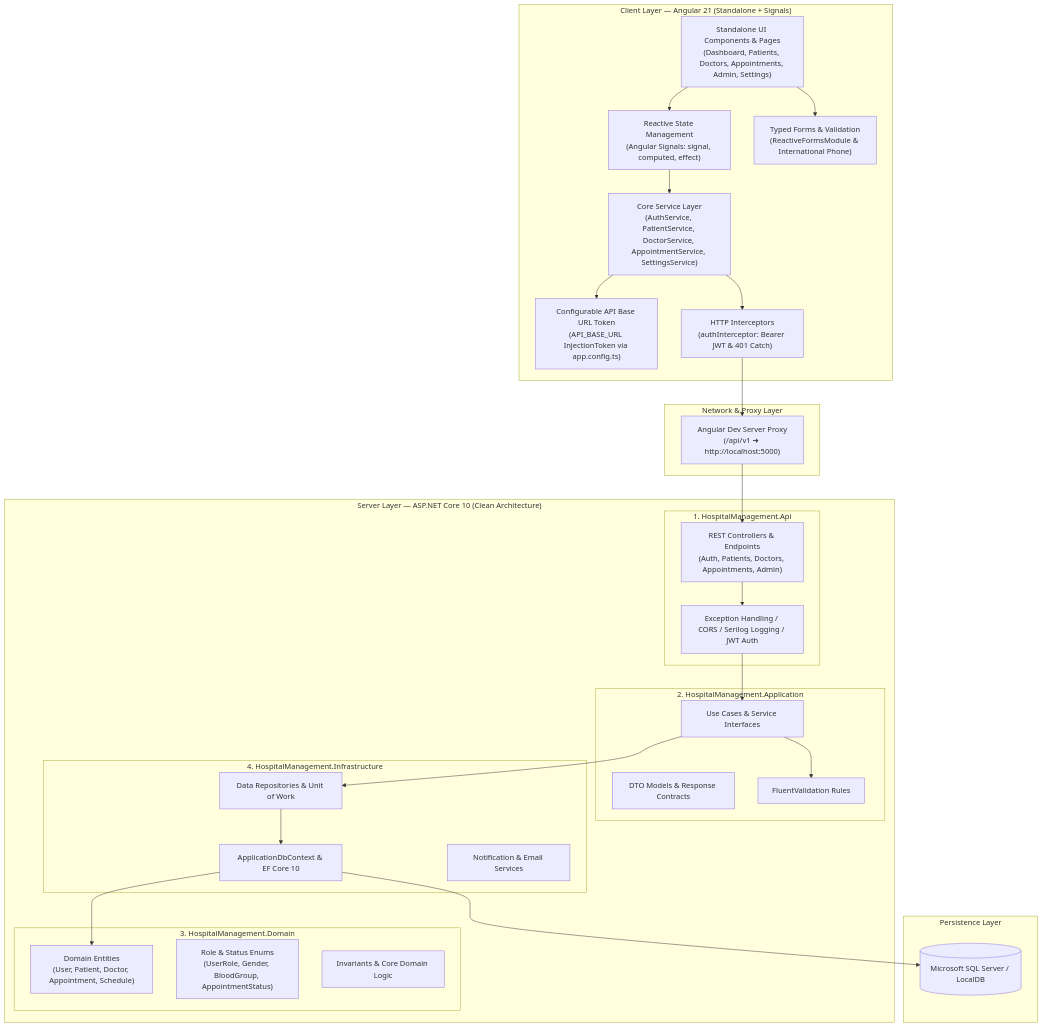
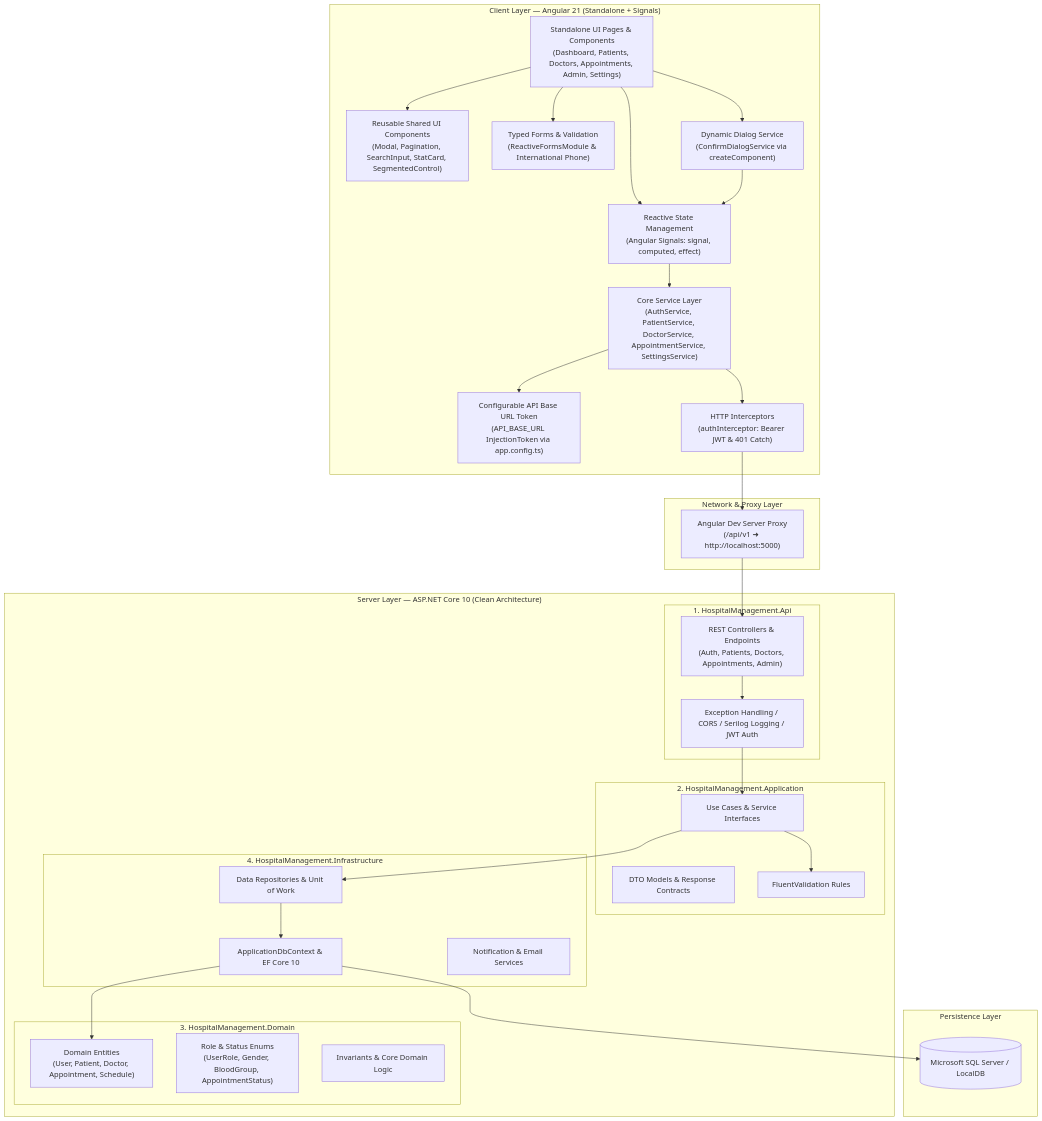
The diagram in README.md (KISHORETAMIL03579/HospitalManagementSystem_Angular), drawn with Mermaid before and after one commit. The commit also changed other lines of this file and 1 other file, not shown here.

Commit message:
docs: add comprehensive junior developer guide, Clean Architecture mental model, and component references

````diff
--- a/README.md
+++ b/README.md
@@ -15,60 +30,65 @@
 ```mermaid
 flowchart TD
     subgraph Client ["Client Layer — Angular 21 (Standalone + Signals)"]
-        UI["Standalone UI Components & Pages\n(Dashboard, Patients, Doctors, Appointments, Admin, Settings)"]
+        UI["Standalone UI Pages & Components\n(Dashboard, Patients, Doctors, Appointments, Admin, Settings)"]
+        SharedUI["Reusable Shared UI Components\n(Modal, Pagination, SearchInput, StatCard, SegmentedControl)"]
         State["Reactive State Management\n(Angular Signals: signal, computed, effect)"]
         Forms["Typed Forms & Validation\n(ReactiveFormsModule & International Phone)"]
+        DialogSvc["Dynamic Dialog Service\n(ConfirmDialogService via createComponent)"]
         Services["Core Service Layer\n(AuthService, PatientService, DoctorService, AppointmentService, SettingsService)"]
         Token["Configurable API Base URL Token\n(API_BASE_URL InjectionToken via app.config.ts)"]
         Interceptor["HTTP Interceptors\n(authInterceptor: Bearer JWT & 401 Catch)"]
     end
 
     subgraph Gateway ["Network & Proxy Layer"]
         DevProxy["Angular Dev Server Proxy\n(/api/v1 ➜ http://localhost:5000)"]
     end
 
     subgraph Backend ["Server Layer — ASP.NET Core 10 (Clean Architecture)"]
         subgraph WebAPI ["1. HospitalManagement.Api"]
             Controllers["REST Controllers & Endpoints\n(Auth, Patients, Doctors, Appointments, Admin)"]
             Middlewares["Exception Handling / CORS / Serilog Logging / JWT Auth"]
         end
 
         subgraph Application ["2. HospitalManagement.Application"]
             UseCases["Use Cases & Service Interfaces"]
             DTOs["DTO Models & Response Contracts"]
             Validators["FluentValidation Rules"]
         end
 
         subgraph Domain ["3. HospitalManagement.Domain"]
             Entities["Domain Entities\n(User, Patient, Doctor, Appointment, Schedule)"]
             Enums["Role & Status Enums\n(UserRole, Gender, BloodGroup, AppointmentStatus)"]
             BusinessRules["Invariants & Core Domain Logic"]
         end
 
         subgraph Infrastructure ["4. HospitalManagement.Infrastructure"]
             DbContext["ApplicationDbContext & EF Core 10"]
             Repositories["Data Repositories & Unit of Work"]
             EmailService["Notification & Email Services"]
         end
     end
 
     subgraph Database ["Persistence Layer"]
         SQLServer[("Microsoft SQL Server / LocalDB")]
     end
 
     %% Flow connections
+    UI --> SharedUI
     UI --> State
     UI --> Forms
+    UI --> DialogSvc
+    DialogSvc --> State
     State --> Services
     Services --> Token
     Services --> Interceptor
     Interceptor --> DevProxy
     DevProxy --> Controllers
     Controllers --> Middlewares
     Middlewares --> UseCases
     UseCases --> Validators
     UseCases --> Repositories
     Repositories --> DbContext
     DbContext --> Entities
     DbContext --> SQLServer
 ```
````
